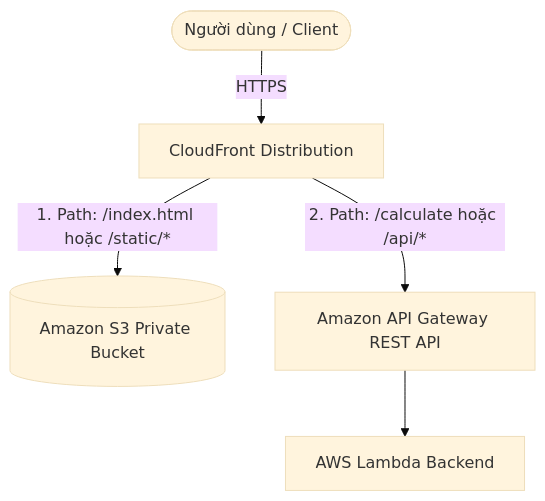
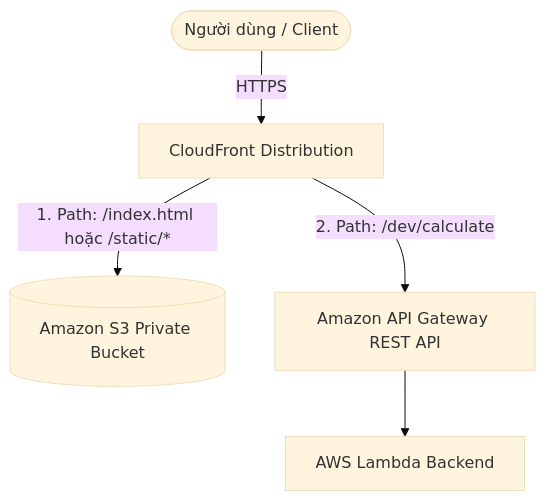
Before and after one commit to L1nkinPark/devops-ci-cd-templates: the diagram in cloud/aws/lab/10. CloudFront/2. Lab 2 - Integrate CloudFront with API Gateway and S3/2. Lab 2 - Integrate CloudFront with API Gateway and S3.md, drawn with Mermaid (base theme). The commit also changed other lines of this file and 1 other file, not shown here.

Commit message:
docs(cloudfront): update Lab 2 guide with API Gateway setup and empty Origin Path config

````diff
--- a/cloud/aws/lab/10. CloudFront/2. Lab 2 - Integrate CloudFront with API Gateway and S3/2. Lab 2 - Integrate CloudFront with API Gateway and S3.md
+++ b/cloud/aws/lab/10. CloudFront/2. Lab 2 - Integrate CloudFront with API Gateway and S3/2. Lab 2 - Integrate CloudFront with API Gateway and S3.md
@@ -5,7 +5,7 @@
 ```mermaid
 graph TD
     User([Người dùng / Client]) -->|HTTPS| CF[CloudFront Distribution]
     CF -->|1. Path: /index.html hoặc /static/*| S3[(Amazon S3 Private Bucket)]
-    CF -->|2. Path: /calculate hoặc /api/*| APIGW[Amazon API Gateway REST API]
+    CF -->|2. Path: /dev/calculate| APIGW[Amazon API Gateway REST API]
     APIGW --> Lambda[AWS Lambda Backend]
 ```
````
